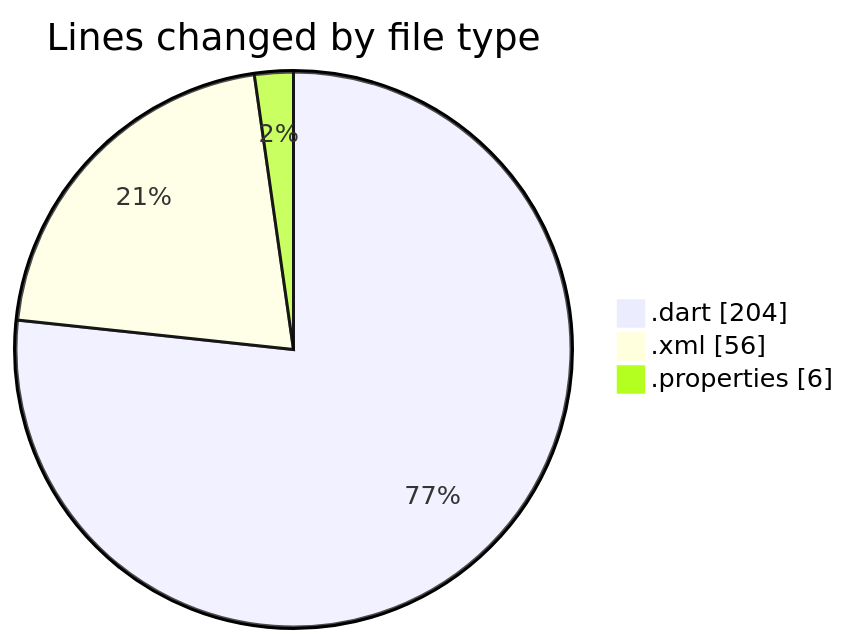
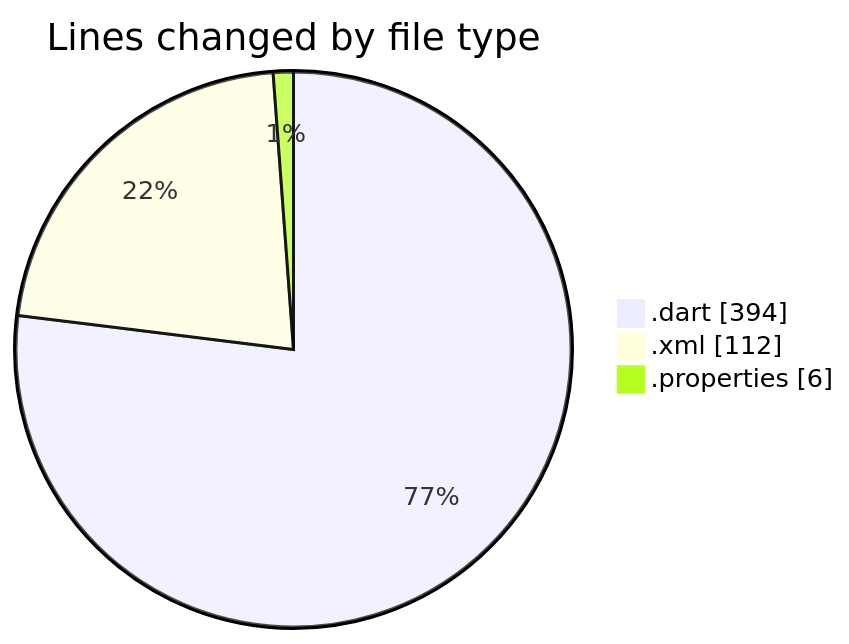
The first of 2 diagrams in 2025-01-27/maps_clone/README.md (donsfak/code-tracking), drawn with Mermaid before and after one commit. The commit also changed other lines of this file and 1 other file, not shown here.

````diff
--- a/2025-01-27/maps_clone/README.md
+++ b/2025-01-27/maps_clone/README.md
@@ -22,7 +22,7 @@
 ```mermaid
 pie showData
 title Lines changed by file type
-".dart" : 204
-".xml" : 56
+".dart" : 394
+".xml" : 112
 ".properties" : 6
 ```
````
